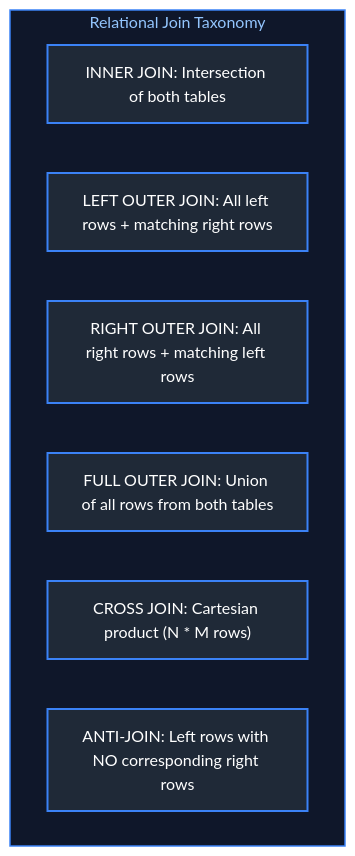
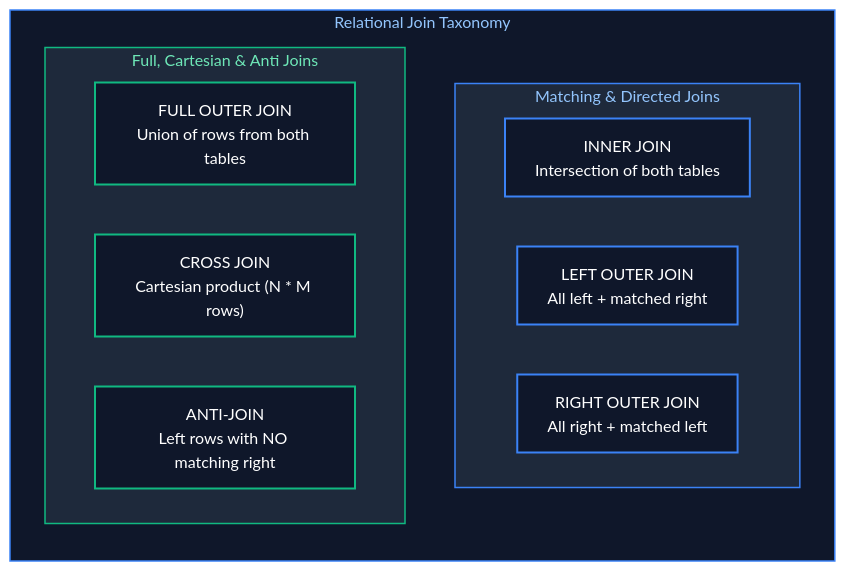
One commit to joydeep-biswas/Interview-Preparation changed the second of 10 diagrams in Java Backend Engineering/09_relational_databases_and_sql.md. Above: the diagram before and after it, drawn with Mermaid (neutral theme). The commit also changed other lines of this file and 76 other files, not shown here.

Commit message:
Updated Charts

````diff
--- a/Java Backend Engineering/09_relational_databases_and_sql.md
+++ b/Java Backend Engineering/09_relational_databases_and_sql.md
@@ -105,20 +105,28 @@
 ```mermaid
-flowchart TD
-    subgraph Joins["Relational Join Taxonomy"]
-        Inner["INNER JOIN: Intersection of both tables"]
-        Left["LEFT OUTER JOIN: All left rows + matching right rows"]
-        Right["RIGHT OUTER JOIN: All right rows + matching left rows"]
-        Full["FULL OUTER JOIN: Union of all rows from both tables"]
-        Cross["CROSS JOIN: Cartesian product (N * M rows)"]
-        Anti["ANTI-JOIN: Left rows with NO corresponding right rows"]
+flowchart LR
+    subgraph Joins ["Relational Join Taxonomy"]
+        subgraph StandardJoins ["Matching & Directed Joins"]
+            direction LR
+            Inner["INNER JOIN<br/>Intersection of both tables"]
+            Left["LEFT OUTER JOIN<br/>All left + matched right"]
+            Right["RIGHT OUTER JOIN<br/>All right + matched left"]
+        end
+        subgraph SpecializedJoins ["Full, Cartesian & Anti Joins"]
+            direction LR
+            Full["FULL OUTER JOIN<br/>Union of rows from both tables"]
+            Cross["CROSS JOIN<br/>Cartesian product (N * M rows)"]
+            Anti["ANTI-JOIN<br/>Left rows with NO matching right"]
+        end
     end
 
     style Joins fill:#0f172a,stroke:#3b82f6,stroke-width:1.5px,color:#93c5fd
+    style StandardJoins fill:#1e293b,stroke:#3b82f6,stroke-width:1.5px,color:#93c5fd
+    style SpecializedJoins fill:#1e293b,stroke:#10b981,stroke-width:1.5px,color:#6ee7b7
 
-    style Inner fill:#1f2937,stroke:#3b82f6,stroke-width:2px,color:#fff
-    style Left fill:#1f2937,stroke:#3b82f6,stroke-width:2px,color:#fff
-    style Right fill:#1f2937,stroke:#3b82f6,stroke-width:2px,color:#fff
-    style Full fill:#1f2937,stroke:#3b82f6,stroke-width:2px,color:#fff
-    style Cross fill:#1f2937,stroke:#3b82f6,stroke-width:2px,color:#fff
-    style Anti fill:#1f2937,stroke:#3b82f6,stroke-width:2px,color:#fff
+    style Inner fill:#0f172a,stroke:#3b82f6,stroke-width:2px,color:#fff
+    style Left fill:#0f172a,stroke:#3b82f6,stroke-width:2px,color:#fff
+    style Right fill:#0f172a,stroke:#3b82f6,stroke-width:2px,color:#fff
+    style Full fill:#0f172a,stroke:#10b981,stroke-width:2px,color:#fff
+    style Cross fill:#0f172a,stroke:#10b981,stroke-width:2px,color:#fff
+    style Anti fill:#0f172a,stroke:#10b981,stroke-width:2px,color:#fff
 ```
````
